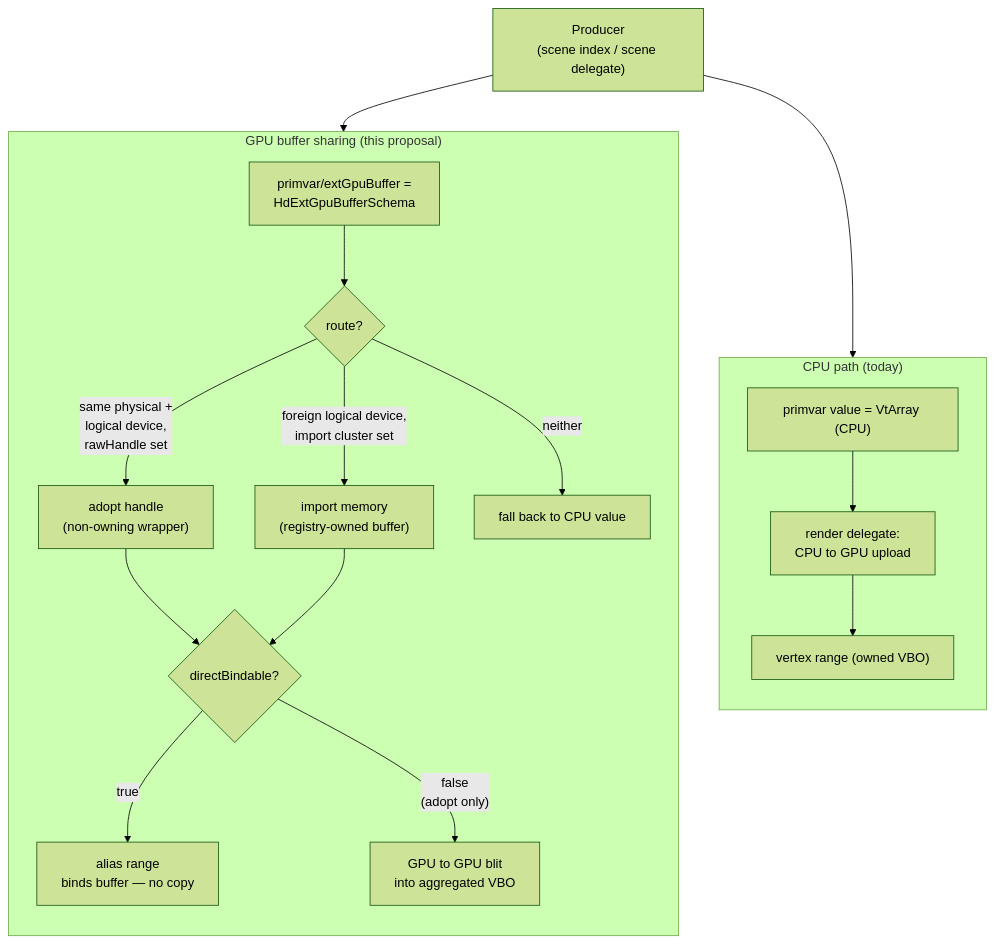
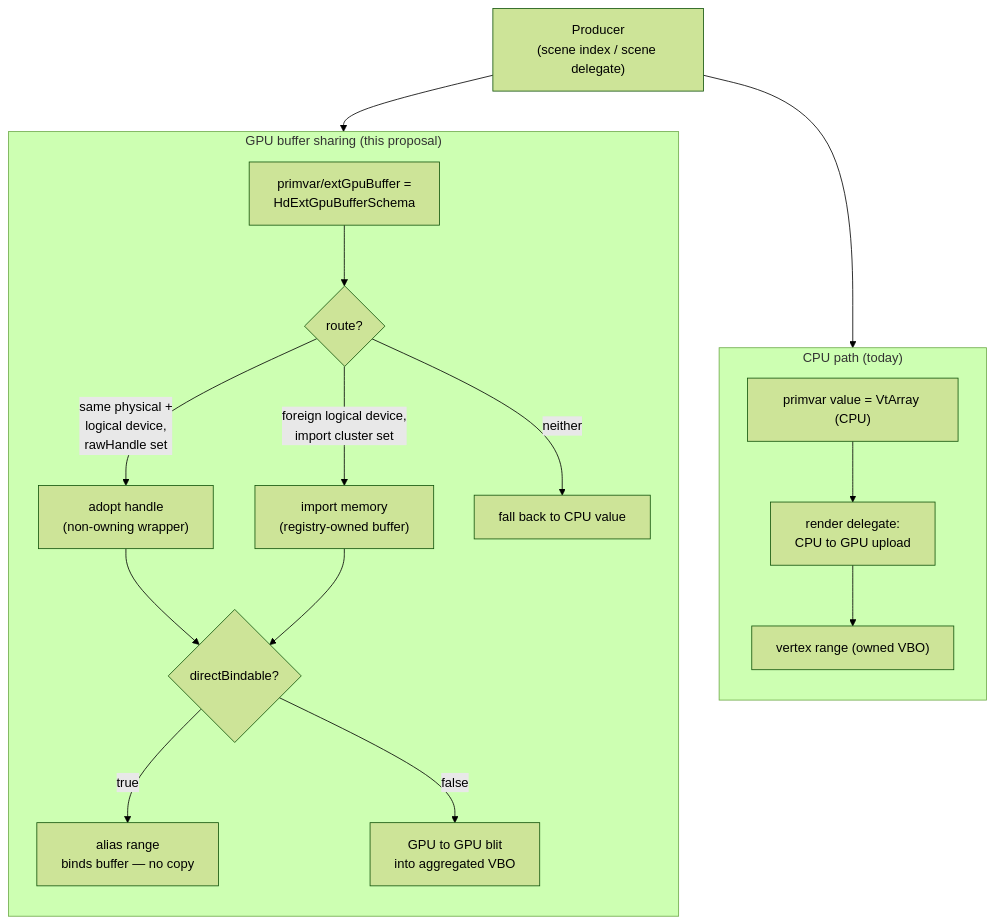
Before and after one commit to autodesk-forks/USD: the first of 2 diagrams in docs/user_guides/schemas/extGpuBuffer/external_gpu_buffer_proposal.md, drawn with Mermaid (forest theme). The commit also changed other lines of this file, not shown here.

````diff
--- a/docs/user_guides/schemas/extGpuBuffer/external_gpu_buffer_proposal.md
+++ b/docs/user_guides/schemas/extGpuBuffer/external_gpu_buffer_proposal.md
@@ -484,25 +497,25 @@
 ```mermaid
 flowchart TD
   P["Producer<br/>(scene index / scene delegate)"]
 
   subgraph old["CPU path (today)"]
     direction TB
     P1["primvar value = VtArray (CPU)"] --> U["render delegate:<br/>CPU to GPU upload"] --> B1["vertex range (owned VBO)"]
   end
 
   subgraph new["GPU buffer sharing (this proposal)"]
     direction TB
     S["primvar/extGpuBuffer =<br/>HdExtGpuBufferSchema"]
     S --> R{"route?"}
     R -->|"same physical +<br/>logical device,<br/>rawHandle set"| A["adopt handle<br/>(non-owning wrapper)"]
     R -->|"foreign logical device,<br/>import cluster set"| I["import memory<br/>(registry-owned buffer)"]
     R -->|"neither"| F["fall back to CPU value"]
     A --> D2{"directBindable?"}
     I --> D2
     D2 -->|true| D["alias range<br/>binds buffer — no copy"]
-    D2 -->|"false<br/>(adopt only)"| C["GPU to GPU blit<br/>into aggregated VBO"]
+    D2 -->|false| C["GPU to GPU blit<br/>into aggregated VBO"]
   end
 
   P --> P1
   P --> S
 ```
````
